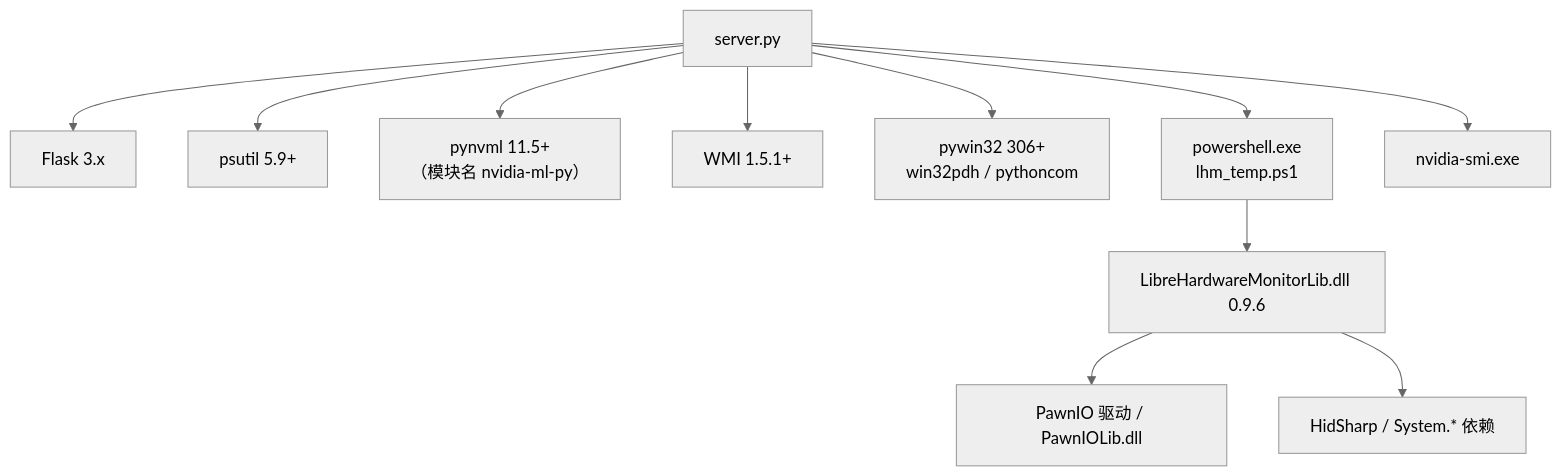
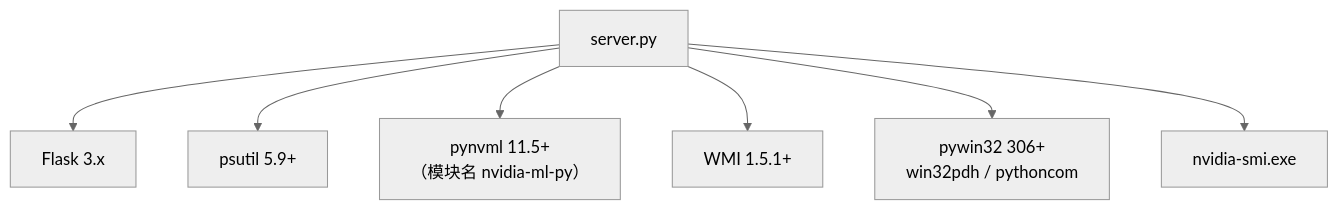
Before and after one commit to tyvtjhj/system-resource-monitor: the diagram in docs/06-依赖与第三方组件.md, drawn with Mermaid (neutral theme). The commit also changed other lines of this file and 26 other files, not shown here.

````diff
--- a/docs/06-依赖与第三方组件.md
+++ b/docs/06-依赖与第三方组件.md
@@ -5,14 +7,10 @@
 ```mermaid
 flowchart TB
     APP["server.py"]
     APP --> FLASK["Flask 3.x"]
     APP --> PSUTIL["psutil 5.9+"]
     APP --> NVML["pynvml 11.5+<br/>（模块名 nvidia-ml-py）"]
     APP --> WMI["WMI 1.5.1+"]
     APP --> WIN32["pywin32 306+<br/>win32pdh / pythoncom"]
-    APP --> PS["powershell.exe<br/>lhm_temp.ps1"]
     APP --> SMI["nvidia-smi.exe"]
-    PS --> LHM["LibreHardwareMonitorLib.dll 0.9.6"]
-    LHM --> PAWN["PawnIO 驱动 / PawnIOLib.dll"]
-    LHM --> DEPS["HidSharp / System.* 依赖"]
 ```
````
